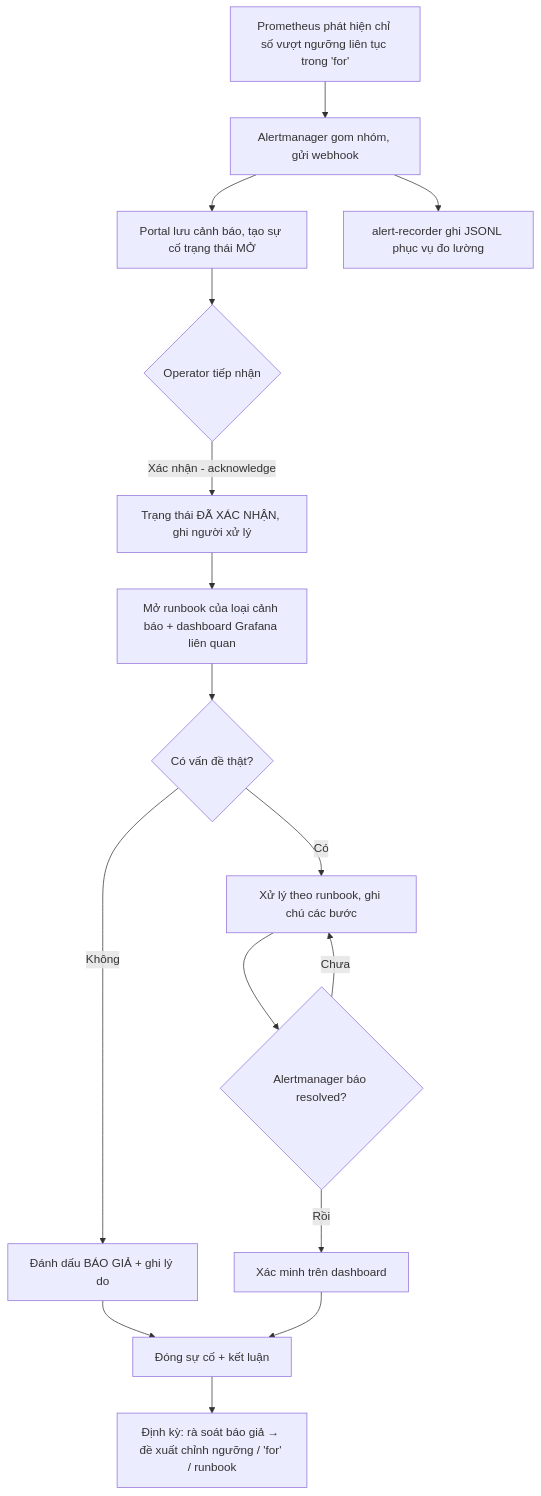
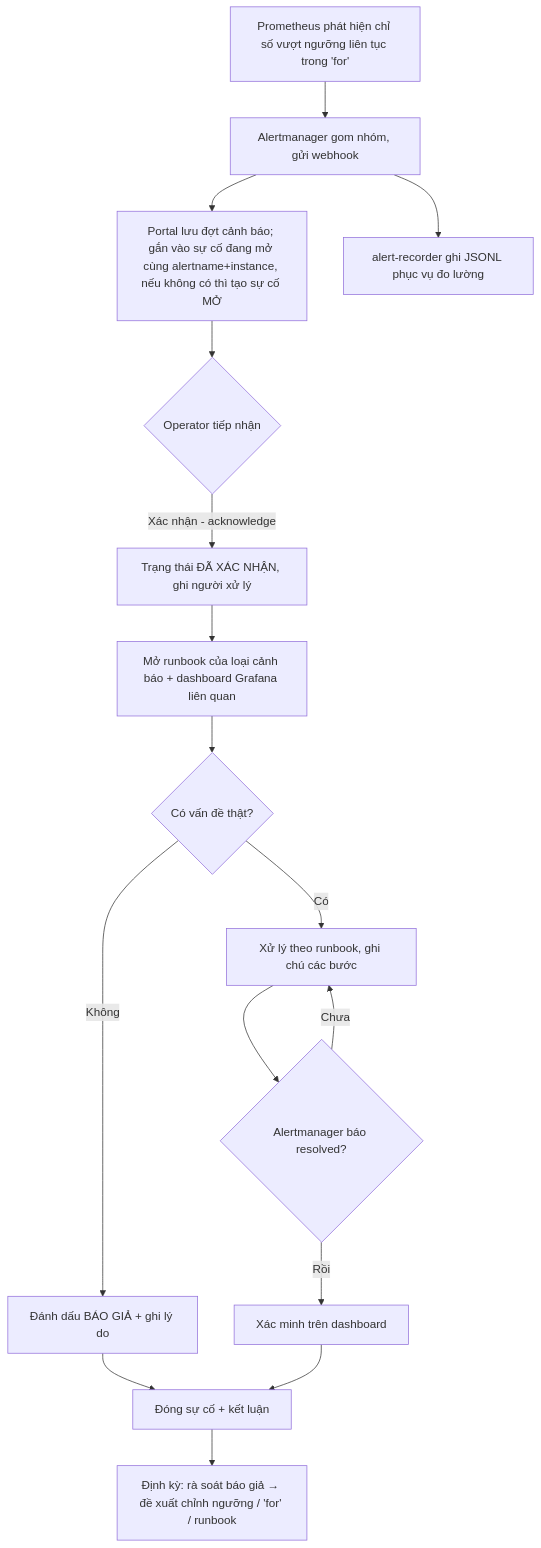
Before and after one commit to DT0712/uth-n47-observability: the first of 3 diagrams in docs/01-phan-tich/nghiep-vu.md, drawn with Mermaid. The commit also changed other lines of this file and 3 other files, not shown here.

````diff
--- a/docs/01-phan-tich/nghiep-vu.md
+++ b/docs/01-phan-tich/nghiep-vu.md
@@ -59,18 +61,18 @@
 ```mermaid
 flowchart TD
   A[Prometheus phát hiện chỉ số vượt ngưỡng liên tục trong 'for'] --> B[Alertmanager gom nhóm, gửi webhook]
-  B --> C[Portal lưu cảnh báo, tạo sự cố trạng thái MỞ]
+  B --> C[Portal lưu đợt cảnh báo; gắn vào sự cố đang mở cùng alertname+instance, nếu không có thì tạo sự cố MỞ]
   B --> C2[alert-recorder ghi JSONL phục vụ đo lường]
   C --> D{Operator tiếp nhận}
   D -->|Xác nhận - acknowledge| E[Trạng thái ĐÃ XÁC NHẬN, ghi người xử lý]
   E --> F[Mở runbook của loại cảnh báo + dashboard Grafana liên quan]
   F --> G{Có vấn đề thật?}
   G -->|Không| H[Đánh dấu BÁO GIẢ + ghi lý do]
   G -->|Có| I[Xử lý theo runbook, ghi chú các bước]
   I --> J{Alertmanager báo resolved?}
   J -->|Chưa| I
   J -->|Rồi| K[Xác minh trên dashboard]
   H --> L[Đóng sự cố + kết luận]
   K --> L
   L --> M[Định kỳ: rà soát báo giả → đề xuất chỉnh ngưỡng / 'for' / runbook]
 ```
````
